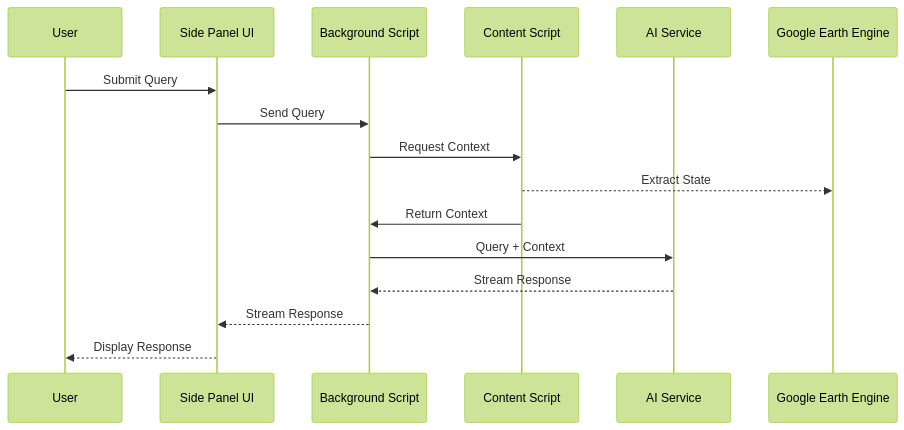
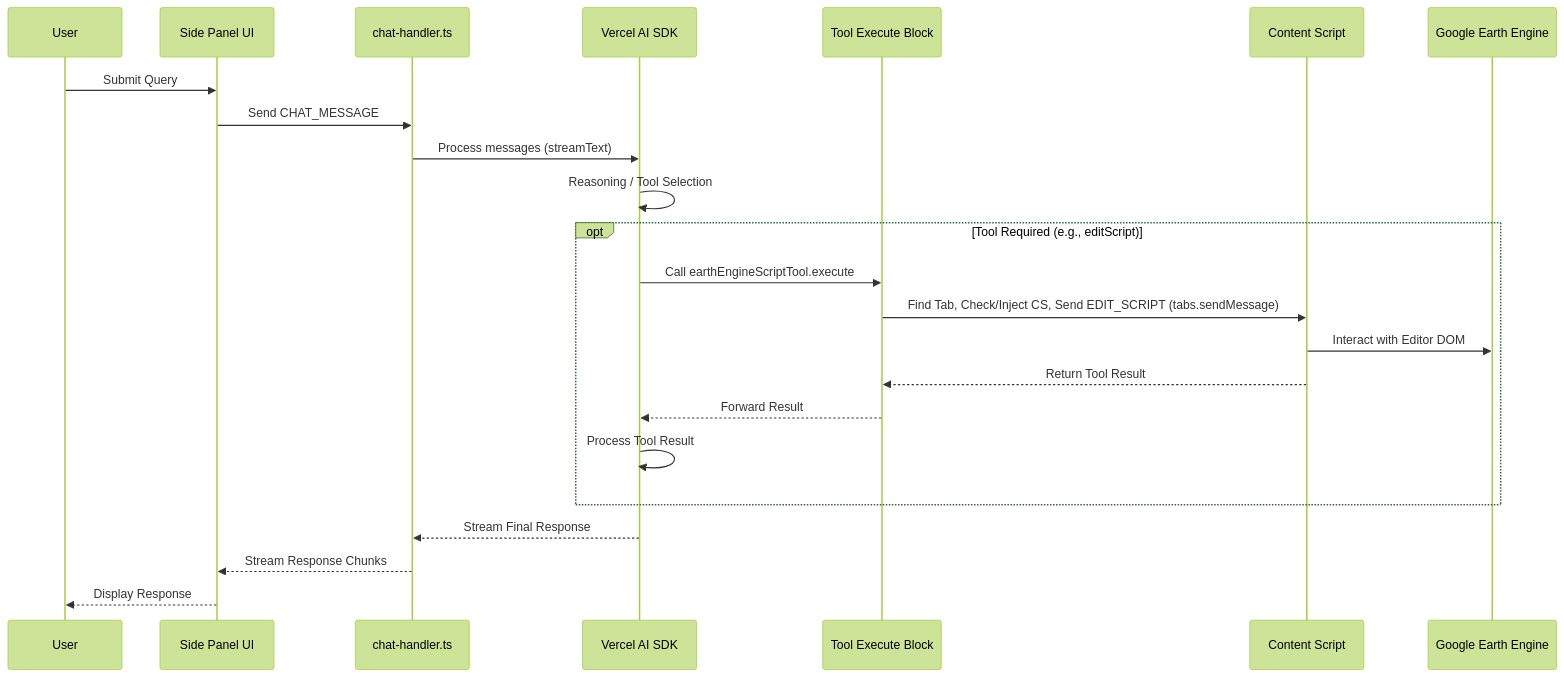
Before and after one commit to wybert/earth-agent-chrome-ext: the second of 18 diagrams in memory-bank/systemPatterns.md, drawn with Mermaid (forest theme). The commit also changed other lines of this file and 3 other files, not shown here.

````diff
--- a/memory-bank/systemPatterns.md
+++ b/memory-bank/systemPatterns.md
@@ -93,19 +49,26 @@
 ```mermaid
 sequenceDiagram
     participant User
     participant UI as Side Panel UI
-    participant BG as Background Script
+    participant BG_Chat as chat-handler.ts
+    participant AI as Vercel AI SDK
+    participant BG_Tool as Tool Execute Block
     participant CS as Content Script
-    participant AI as AI Service
     participant GEE as Google Earth Engine
 
     User->>UI: Submit Query
-    UI->>BG: Send Query
-    BG->>CS: Request Context
-    CS-->>GEE: Extract State
-    CS->>BG: Return Context
-    BG->>AI: Query + Context
-    AI-->>BG: Stream Response
-    BG-->>UI: Stream Response
+    UI->>BG_Chat: Send CHAT_MESSAGE
+    BG_Chat->>AI: Process messages (streamText)
+    AI->>AI: Reasoning / Tool Selection
+    opt Tool Required (e.g., editScript)
+        AI->>BG_Tool: Call earthEngineScriptTool.execute
+        BG_Tool->>CS: Find Tab, Check/Inject CS, Send EDIT_SCRIPT (tabs.sendMessage)
+        CS->>GEE: Interact with Editor DOM
+        CS-->>BG_Tool: Return Tool Result
+        BG_Tool-->>AI: Forward Result
+        AI->>AI: Process Tool Result
+    end
+    AI-->>BG_Chat: Stream Final Response
+    BG_Chat-->>UI: Stream Response Chunks
     UI-->>User: Display Response
 ```
````
